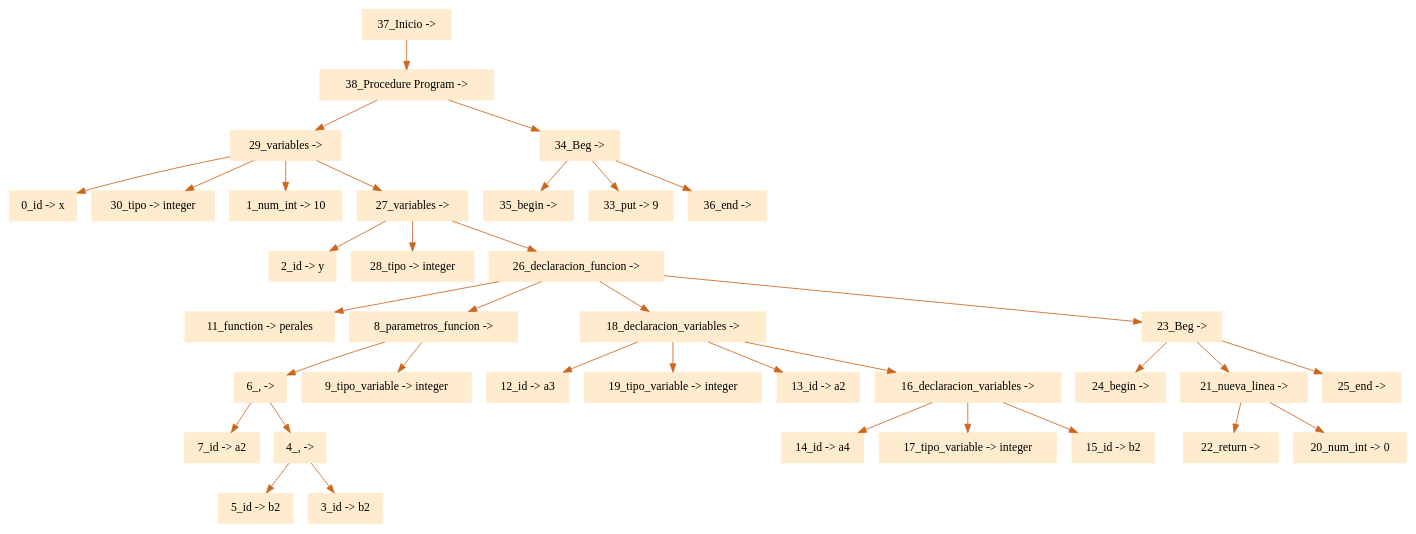
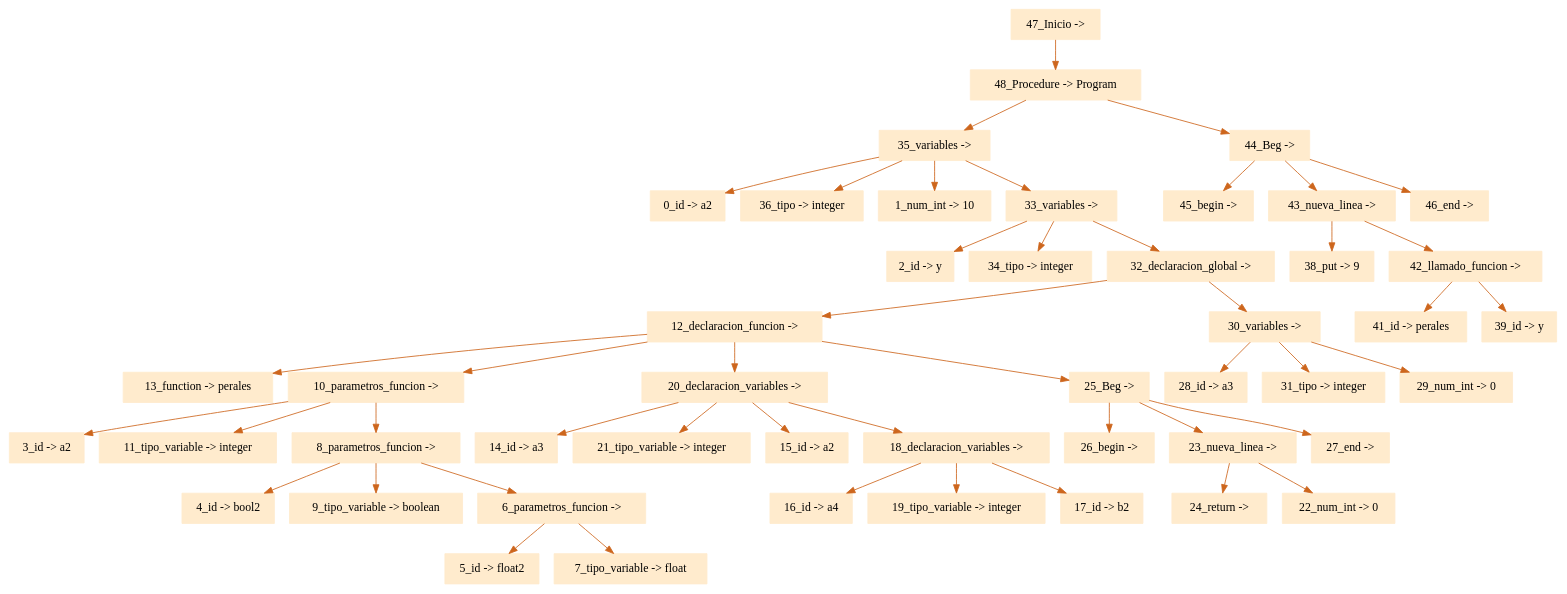
Before and after one commit to eliasgz97/Proyecto_Compiladores: the diagram in ProyectoCompiladores/arbol.dot, drawn with Graphviz. The commit also changed 8 other files, not shown here.

```diff
--- a/ProyectoCompiladores/arbol.dot
+++ b/ProyectoCompiladores/arbol.dot
@@ -1,40 +1,51 @@
 digraph G {node[shape=box, style=filled, color=blanchedalmond]; edge[color=chocolate3];rankdir=UD 
 
-"37_Inicio -> "->"38_Procedure Program -> "
-"38_Procedure Program -> "->"29_variables -> "
-"29_variables -> "->"0_id -> x"
-"29_variables -> "->"30_tipo -> integer"
-"29_variables -> "->"1_num_int -> 10"
-"29_variables -> "->"27_variables -> "
-"27_variables -> "->"2_id -> y"
-"27_variables -> "->"28_tipo -> integer"
-"27_variables -> "->"26_declaracion_funcion -> "
-"26_declaracion_funcion -> "->"11_function -> perales"
-"26_declaracion_funcion -> "->"8_parametros_funcion -> "
-"8_parametros_funcion -> "->"6_, -> "
-"6_, -> "->"7_id -> a2"
-"6_, -> "->"4_, -> "
-"4_, -> "->"5_id -> b2"
-"4_, -> "->"3_id -> b2"
-"8_parametros_funcion -> "->"9_tipo_variable -> integer"
-"26_declaracion_funcion -> "->"18_declaracion_variables -> "
-"18_declaracion_variables -> "->"12_id -> a3"
+"47_Inicio -> "->"48_Procedure -> Program"
+"48_Procedure -> Program"->"35_variables -> "
+"35_variables -> "->"0_id -> a2"
+"35_variables -> "->"36_tipo -> integer"
+"35_variables -> "->"1_num_int -> 10"
+"35_variables -> "->"33_variables -> "
+"33_variables -> "->"2_id -> y"
+"33_variables -> "->"34_tipo -> integer"
+"33_variables -> "->"32_declaracion_global -> "
+"32_declaracion_global -> "->"12_declaracion_funcion -> "
+"12_declaracion_funcion -> "->"13_function -> perales"
+"12_declaracion_funcion -> "->"10_parametros_funcion -> "
+"10_parametros_funcion -> "->"3_id -> a2"
+"10_parametros_funcion -> "->"11_tipo_variable -> integer"
+"10_parametros_funcion -> "->"8_parametros_funcion -> "
+"8_parametros_funcion -> "->"4_id -> bool2"
+"8_parametros_funcion -> "->"9_tipo_variable -> boolean"
+"8_parametros_funcion -> "->"6_parametros_funcion -> "
+"6_parametros_funcion -> "->"5_id -> float2"
+"6_parametros_funcion -> "->"7_tipo_variable -> float"
+"12_declaracion_funcion -> "->"20_declaracion_variables -> "
+"20_declaracion_variables -> "->"14_id -> a3"
+"20_declaracion_variables -> "->"21_tipo_variable -> integer"
+"20_declaracion_variables -> "->"15_id -> a2"
+"20_declaracion_variables -> "->"18_declaracion_variables -> "
+"18_declaracion_variables -> "->"16_id -> a4"
 "18_declaracion_variables -> "->"19_tipo_variable -> integer"
-"18_declaracion_variables -> "->"13_id -> a2"
-"18_declaracion_variables -> "->"16_declaracion_variables -> "
-"16_declaracion_variables -> "->"14_id -> a4"
-"16_declaracion_variables -> "->"17_tipo_variable -> integer"
-"16_declaracion_variables -> "->"15_id -> b2"
-"26_declaracion_funcion -> "->"23_Beg -> "
-"23_Beg -> "->"24_begin -> "
-"23_Beg -> "->"21_nueva_linea -> "
-"21_nueva_linea -> "->"22_return -> "
-"21_nueva_linea -> "->"20_num_int -> 0"
-"23_Beg -> "->"25_end -> "
-"38_Procedure Program -> "->"34_Beg -> "
-"34_Beg -> "->"35_begin -> "
-"34_Beg -> "->"33_put -> 9"
-"34_Beg -> "->"36_end -> "
+"18_declaracion_variables -> "->"17_id -> b2"
+"12_declaracion_funcion -> "->"25_Beg -> "
+"25_Beg -> "->"26_begin -> "
+"25_Beg -> "->"23_nueva_linea -> "
+"23_nueva_linea -> "->"24_return -> "
+"23_nueva_linea -> "->"22_num_int -> 0"
+"25_Beg -> "->"27_end -> "
+"32_declaracion_global -> "->"30_variables -> "
+"30_variables -> "->"28_id -> a3"
+"30_variables -> "->"31_tipo -> integer"
+"30_variables -> "->"29_num_int -> 0"
+"48_Procedure -> Program"->"44_Beg -> "
+"44_Beg -> "->"45_begin -> "
+"44_Beg -> "->"43_nueva_linea -> "
+"43_nueva_linea -> "->"38_put -> 9"
+"43_nueva_linea -> "->"42_llamado_funcion -> "
+"42_llamado_funcion -> "->"41_id -> perales"
+"42_llamado_funcion -> "->"39_id -> y"
+"44_Beg -> "->"46_end -> "
 
 
 }
```
